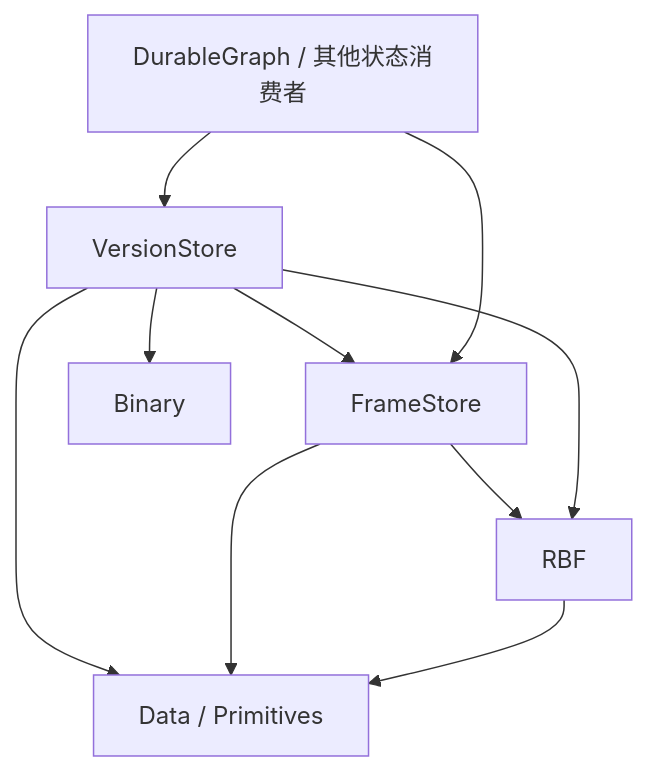
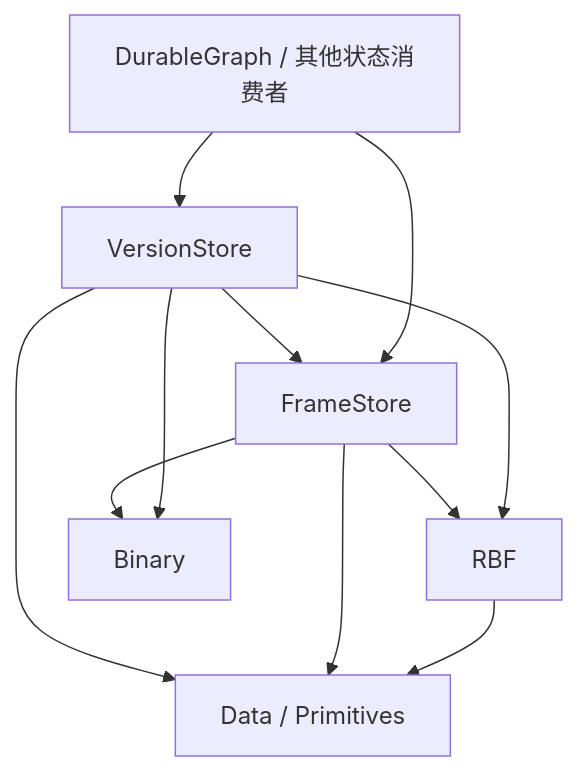
One commit to Atelia-org/atelia-storage changed the diagram in docs/FrameStore-VersionStore/00-architecture-decisions.md. Above: the diagram before and after it, drawn with Mermaid. The commit also changed other lines of this file and 21 other files, not shown here.

````diff
--- a/docs/FrameStore-VersionStore/00-architecture-decisions.md
+++ b/docs/FrameStore-VersionStore/00-architecture-decisions.md
@@ -157,12 +159,13 @@
 ```mermaid
 flowchart TD
     App["DurableGraph / 其他状态消费者"] --> V["VersionStore"]
     App --> F["FrameStore"]
     V --> F
     V --> R
     V --> B["Binary"]
+    F --> B
     F --> R["RBF"]
     R --> D["Data / Primitives"]
     F --> D
     V --> D
 ```
````
